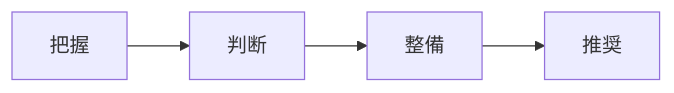
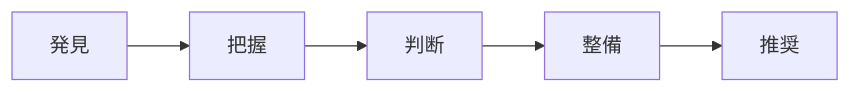
The fifth of 7 diagrams in .agent/facilitator/README.md (tettuan/climpt), drawn with Mermaid before and after one commit. The commit also changed other lines of this file, not shown here.

````diff
--- a/.agent/facilitator/README.md
+++ b/.agent/facilitator/README.md
@@ -165,4 +236,4 @@
 ```mermaid
 flowchart LR
-    R1[把握] --> R2[判断] --> R3[整備] --> R4[推奨]
+    R0[発見] --> R1[把握] --> R2[判断] --> R3[整備] --> R4[推奨]
 ```
````
